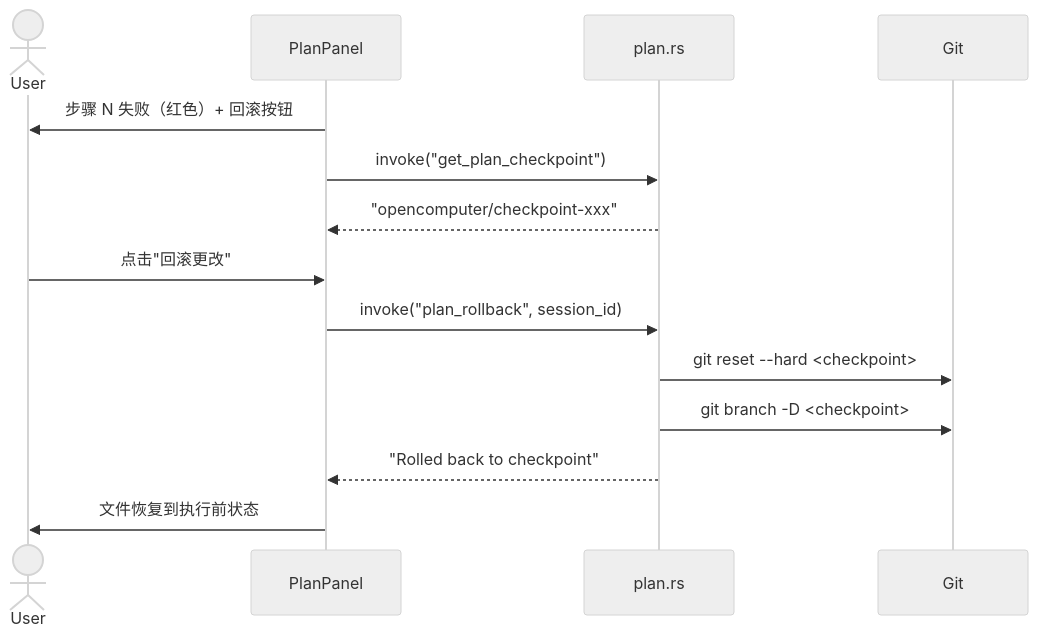
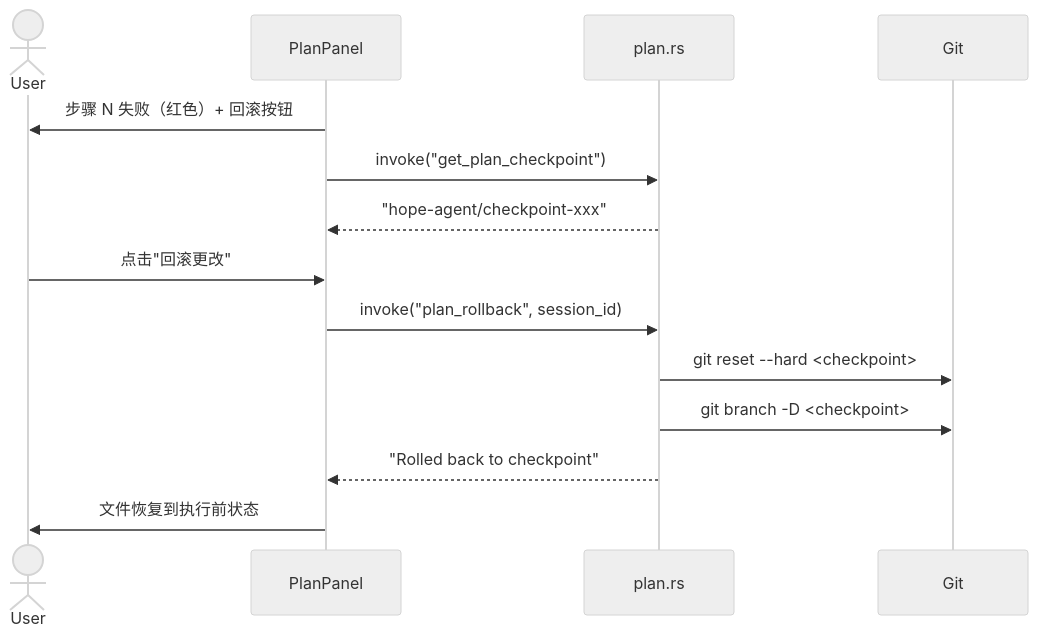
Before and after one commit to shiwenwen/hope-agent: diagram 15 of 16 in docs/architecture/plan-mode.md, drawn with Mermaid (neutral theme). The commit also changed other lines of this file and 727 other files, not shown here.

First line of the commit message:
chore(rename): OpenComputer → Hope Agent（随 0.1.0 首发一把切换）

````diff
--- a/docs/architecture/plan-mode.md
+++ b/docs/architecture/plan-mode.md
@@ -960,18 +960,18 @@
 ```mermaid
 sequenceDiagram
     actor User
     participant Panel as PlanPanel
     participant Backend as plan.rs
     participant Git
 
     Panel->>User: 步骤 N 失败（红色）+ 回滚按钮
     Panel->>Backend: invoke("get_plan_checkpoint")
-    Backend-->>Panel: "opencomputer/checkpoint-xxx"
+    Backend-->>Panel: "hope-agent/checkpoint-xxx"
 
     User->>Panel: 点击"回滚更改"
     Panel->>Backend: invoke("plan_rollback", session_id)
     Backend->>Git: git reset --hard <checkpoint>
     Backend->>Git: git branch -D <checkpoint>
     Backend-->>Panel: "Rolled back to checkpoint"
     Panel->>User: 文件恢复到执行前状态
 ```
````
